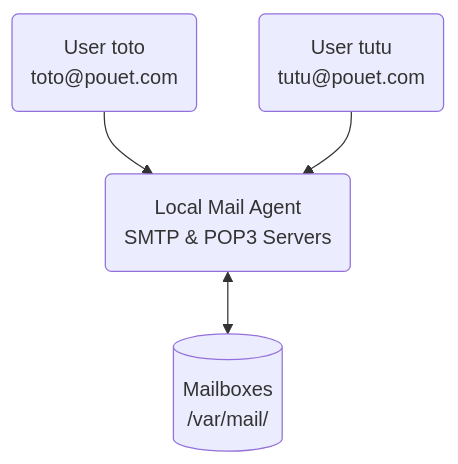
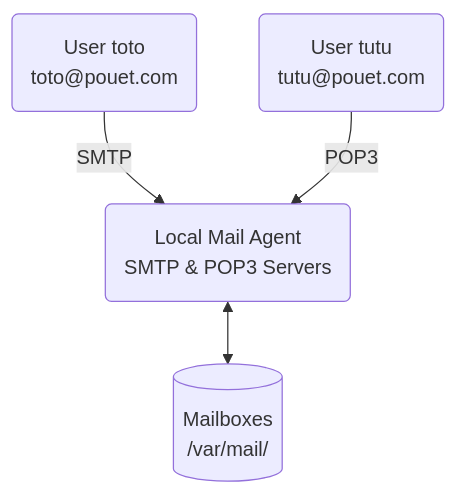
Before and after one commit to orel33/local-mail-agent: the diagram in README.md, drawn with Mermaid.

````diff
--- a/README.md
+++ b/README.md
@@ -43,9 +43,10 @@
 ```mermaid
-graph TD;
+flowchart TD;
     MUA1("User toto\n toto@pouet.com");
     MUA2("User tutu\n tutu@pouet.com");
     LMA("Local Mail Agent\n SMTP & POP3 Servers")
-    MX[("Mailboxes\n /var/mail/")]
-    MUA1 & MUA2 --> LMA;
-    LMA <--> MX
+    MX[("Mailboxes\n /var/mail/")];
+    MUA1 -- SMTP --> LMA;
+    MUA2 -- POP3 --> LMA;
+    LMA <--> MX;
 ```
````
